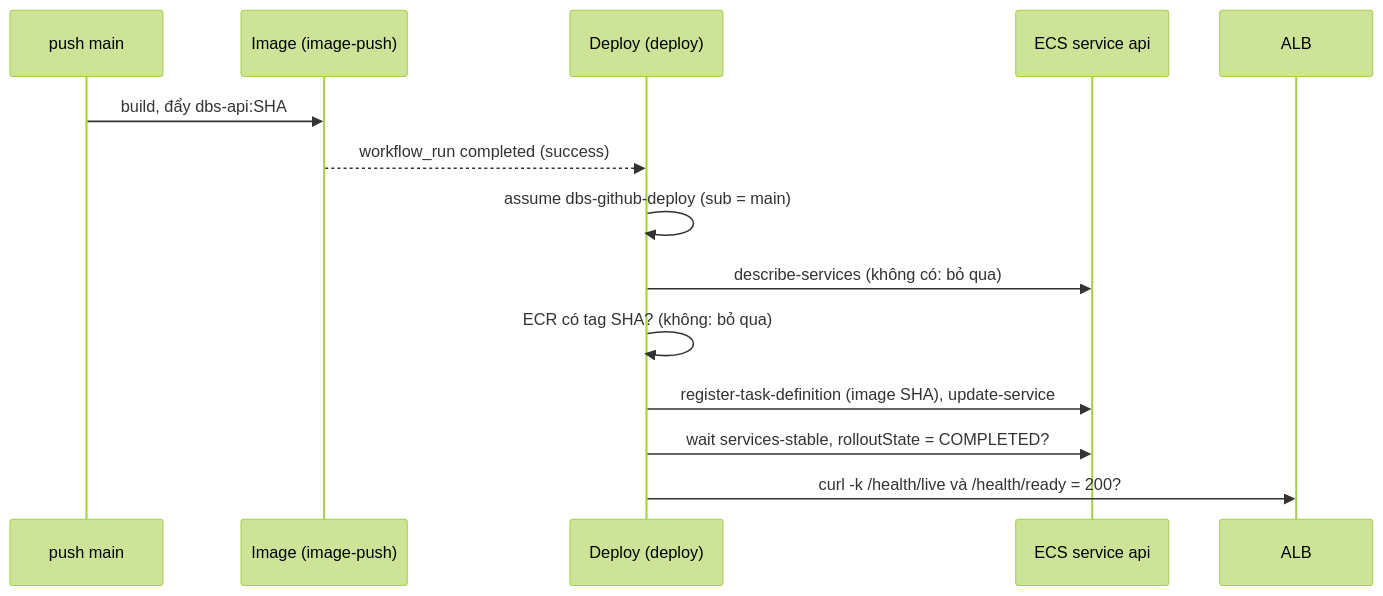
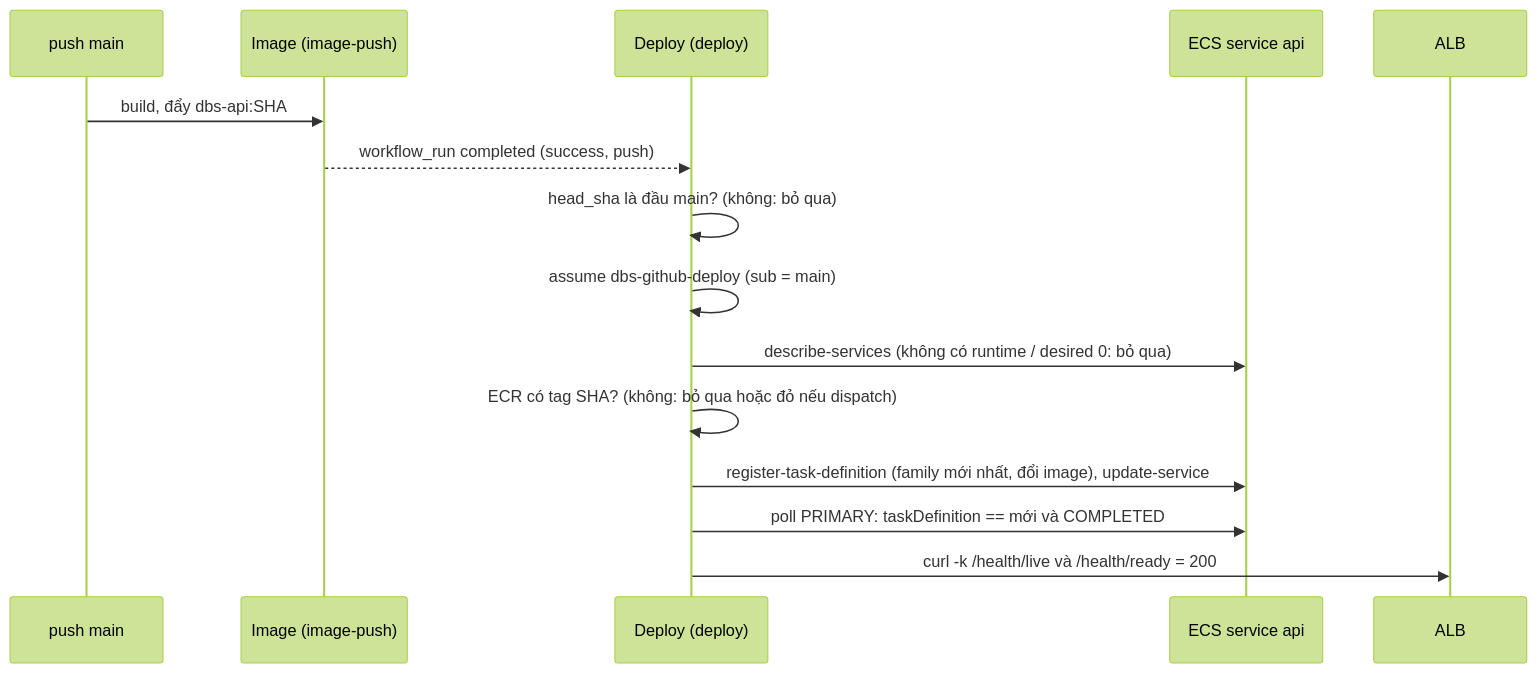
Before and after one commit to Lawliet119/digital-banking-simulator: the diagram in docs/features/DBS-38-auto-deploy-ecs.md, drawn with Mermaid (forest theme). The commit also changed other lines of this file, not shown here.

````diff
--- a/docs/features/DBS-38-auto-deploy-ecs.md
+++ b/docs/features/DBS-38-auto-deploy-ecs.md
@@ -64,16 +67,17 @@
 ```mermaid
 sequenceDiagram
   participant M as push main
   participant I as Image (image-push)
   participant D as Deploy (deploy)
   participant ECS as ECS service api
   participant ALB as ALB
   M->>I: build, đẩy dbs-api:SHA
-  I-->>D: workflow_run completed (success)
+  I-->>D: workflow_run completed (success, push)
+  D->>D: head_sha là đầu main? (không: bỏ qua)
   D->>D: assume dbs-github-deploy (sub = main)
-  D->>ECS: describe-services (không có: bỏ qua)
-  D->>D: ECR có tag SHA? (không: bỏ qua)
-  D->>ECS: register-task-definition (image SHA), update-service
-  D->>ECS: wait services-stable, rolloutState = COMPLETED?
-  D->>ALB: curl -k /health/live và /health/ready = 200?
+  D->>ECS: describe-services (không có runtime / desired 0: bỏ qua)
+  D->>D: ECR có tag SHA? (không: bỏ qua hoặc đỏ nếu dispatch)
+  D->>ECS: register-task-definition (family mới nhất, đổi image), update-service
+  D->>ECS: poll PRIMARY: taskDefinition == mới và COMPLETED
+  D->>ALB: curl -k /health/live và /health/ready = 200
 ```
````
